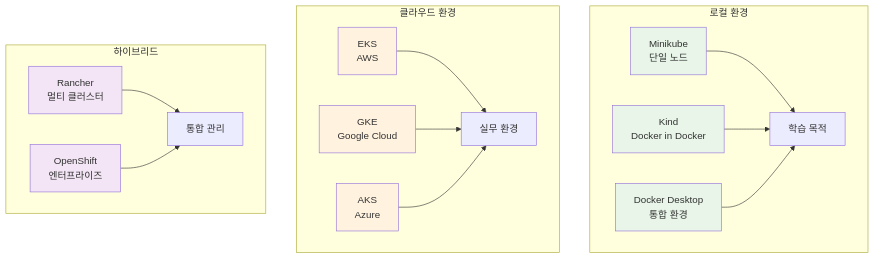
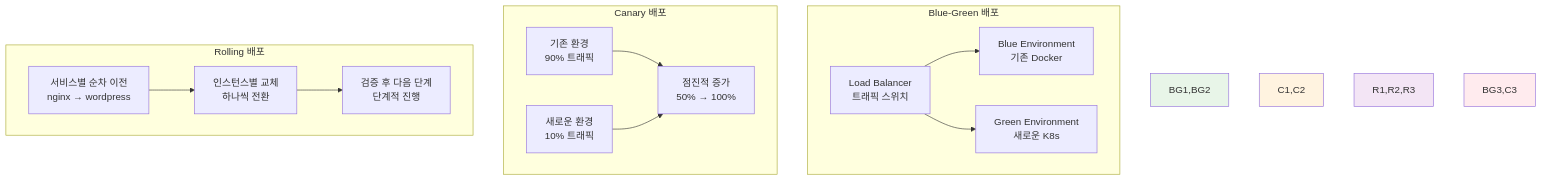
The third of 3 diagrams in theory/week_02/day4/session_3.md (niceguy61/kdt_devops_lecture_2025), drawn with Mermaid before and after one commit. The commit also changed other lines of this file and 70 other files, not shown here.

````diff
--- a/theory/week_02/day4/session_3.md
+++ b/theory/week_02/day4/session_3.md
@@ -123,28 +328,31 @@
 ```mermaid
 graph TB
-    subgraph "로컬 환경"
-        A[Minikube<br/>단일 노드] --> D[학습 목적]
-        B[Kind<br/>Docker in Docker] --> D
-        C[Docker Desktop<br/>통합 환경] --> D
+    subgraph "Blue-Green 배포"
+        BG1[Blue Environment<br/>기존 Docker]
+        BG2[Green Environment<br/>새로운 K8s]
+        BG3[Load Balancer<br/>트래픽 스위치]
     end
     
-    subgraph "클라우드 환경"
-        E[EKS<br/>AWS] --> F[실무 환경]
-        G[GKE<br/>Google Cloud] --> F
-        H[AKS<br/>Azure] --> F
+    subgraph "Canary 배포"
+        C1[기존 환경<br/>90% 트래픽]
+        C2[새로운 환경<br/>10% 트래픽]
+        C3[점진적 증가<br/>50% → 100%]
     end
     
-    subgraph "하이브리드"
-        I[Rancher<br/>멀티 클러스터] --> J[통합 관리]
-        K[OpenShift<br/>엔터프라이즈] --> J
+    subgraph "Rolling 배포"
+        R1[서비스별 순차 이전<br/>nginx → wordpress]
+        R2[인스턴스별 교체<br/>하나씩 전환]
+        R3[검증 후 다음 단계<br/>단계적 진행]
     end
     
-    style A fill:#e8f5e8
-    style B fill:#e8f5e8
-    style C fill:#e8f5e8
-    style E fill:#fff3e0
-    style G fill:#fff3e0
-    style H fill:#fff3e0
-    style I fill:#f3e5f5
-    style K fill:#f3e5f5
+    BG3 --> BG1
+    BG3 --> BG2
+    C1 --> C3
+    C2 --> C3
+    R1 --> R2 --> R3
+    
+    style BG1,BG2 fill:#e8f5e8
+    style C1,C2 fill:#fff3e0
+    style R1,R2,R3 fill:#f3e5f5
+    style BG3,C3 fill:#ffebee
 ```
````
